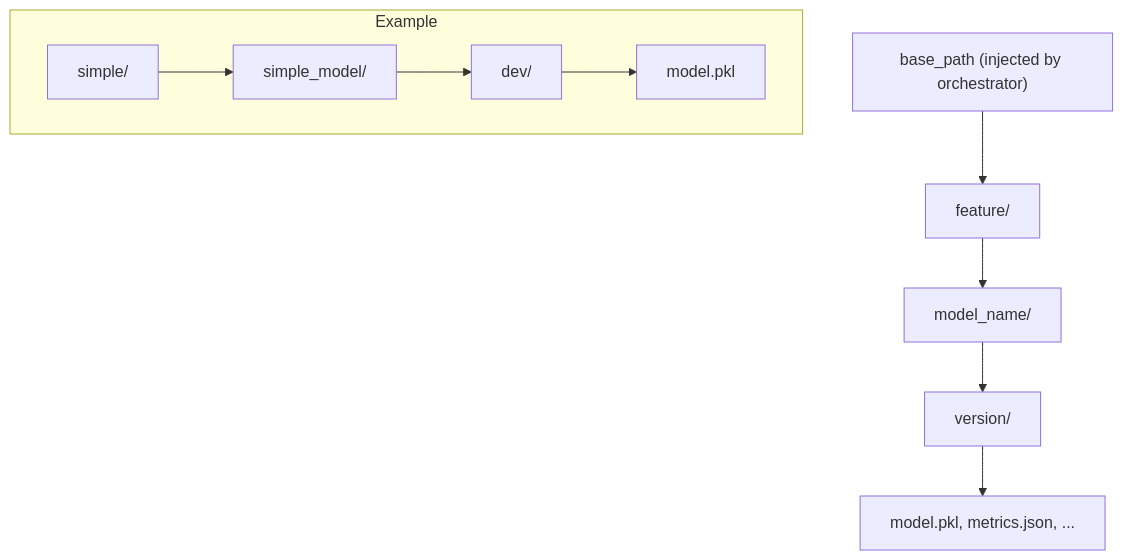
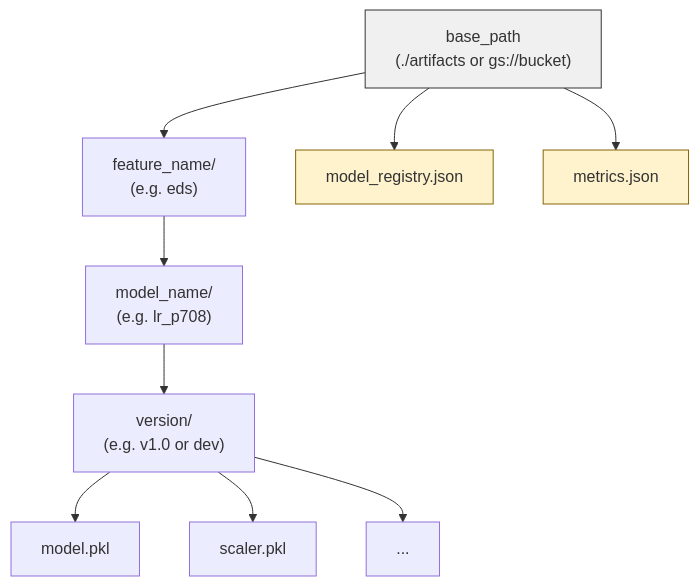
Before and after one commit to maods2/designing-mlops-framework: the eighth of 10 diagrams in DIAGRAMS.md, drawn with Mermaid. The commit also changed other lines of this file and 51 other files, not shown here.

````diff
--- a/DIAGRAMS.md
+++ b/DIAGRAMS.md
@@ -244,19 +299,17 @@
 ```mermaid
 flowchart TB
-    BasePath["base_path (injected by orchestrator)"]
-    
-    BasePath --> Feature["feature/"]
-    Feature --> Model["model_name/"]
-    Model --> Version["version/"]
-    Version --> Artifacts["model.pkl, metrics.json, ..."]
+    Base["base_path\n(./artifacts or gs://bucket)"]
+    Base --> Feature["feature_name/\n(e.g. eds)"]
+    Feature --> Model["model_name/\n(e.g. lr_p708)"]
+    Model --> Version["version/\n(e.g. v1.0 or dev)"]
+    Version --> M["model.pkl"]
+    Version --> S["scaler.pkl"]
+    Version --> Other["..."]
 
-    subgraph Example["Example"]
-        F[simple/]
-        M[simple_model/]
-        V[dev/]
-        A[model.pkl]
-        F --> M
-        M --> V
-        V --> A
-    end
+    Base --> Registry["model_registry.json"]
+    Base --> Metrics["metrics.json"]
+
+    style Base fill:#f0f0f0,stroke:#333
+    style Registry fill:#fff3cd,stroke:#856404
+    style Metrics fill:#fff3cd,stroke:#856404
 ```
````
